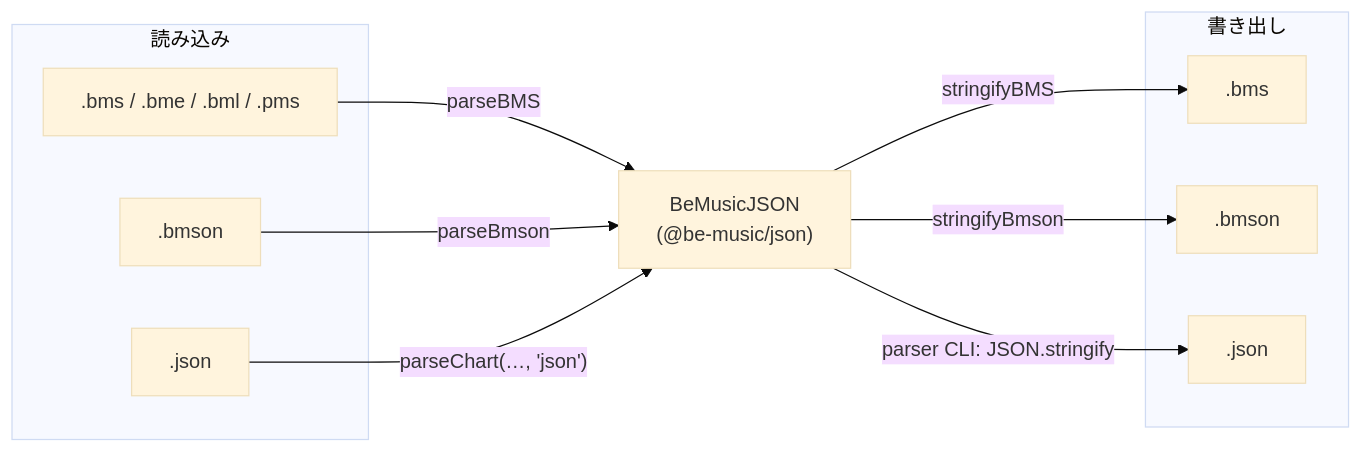
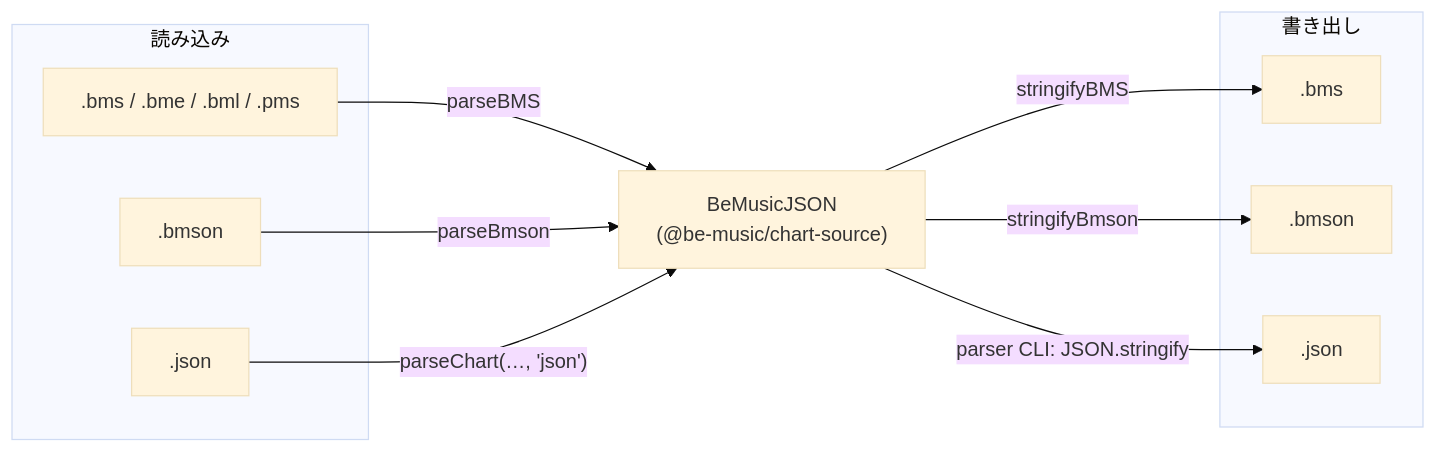
One commit to nulltask/be-music changed the second of 2 diagrams in docs/json-spec.ja.md. Above: the diagram before and after it, drawn with Mermaid (base theme). The commit also changed other lines of this file and 2542 other files, not shown here.

````diff
--- a/docs/json-spec.ja.md
+++ b/docs/json-spec.ja.md
@@ -414,20 +414,20 @@
 ```mermaid
 flowchart LR
   subgraph in["読み込み"]
     bmsIn[".bms / .bme / .bml / .pms"]
     bmsonIn[".bmson"]
     jsonIn[".json"]
   end
-  ir["BeMusicJSON<br/>(@be-music/json)"]
+  ir["BeMusicJSON<br/>(@be-music/chart-source)"]
   subgraph out["書き出し"]
     bmsOut[".bms"]
     bmsonOut[".bmson"]
     jsonOut[".json"]
   end
   bmsIn -->|parseBMS| ir
   bmsonIn -->|parseBmson| ir
   jsonIn -->|"parseChart(…, 'json')"| ir
   ir -->|stringifyBMS| bmsOut
   ir -->|stringifyBmson| bmsonOut
   ir -->|"parser CLI: JSON.stringify"| jsonOut
 ```
````
